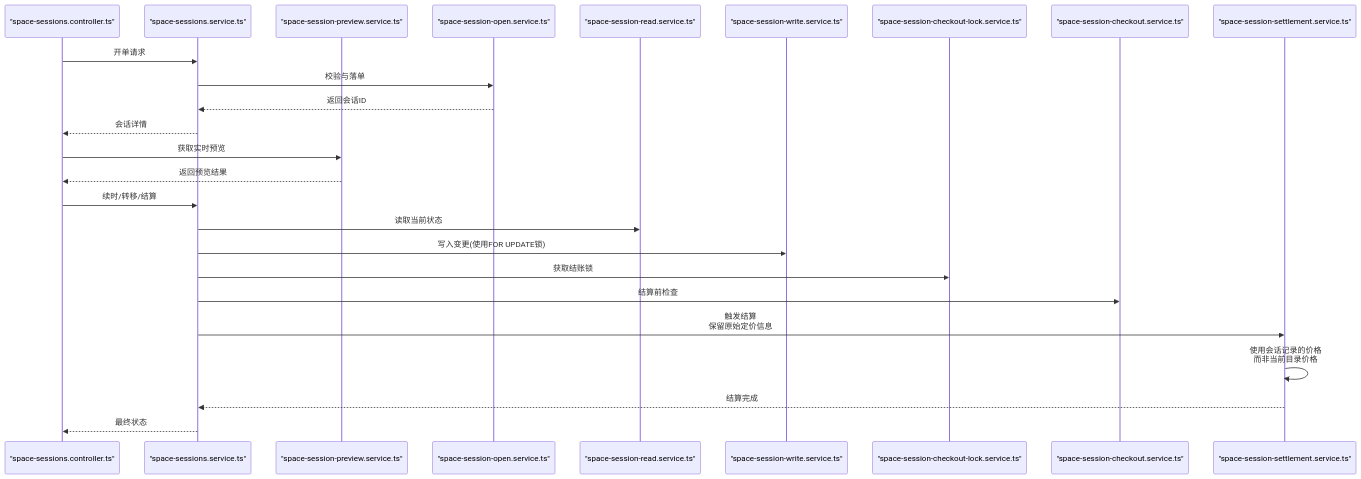
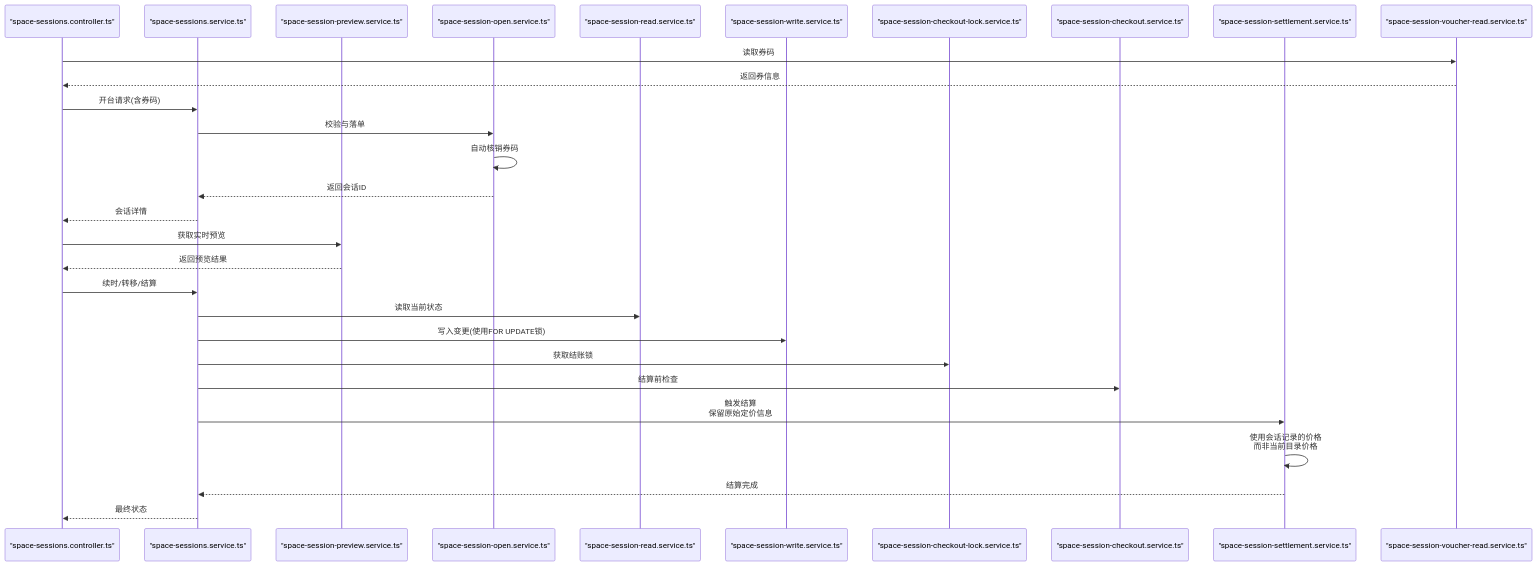
One commit to rc558620/purelyprofit-server changed the sixth of 12 diagrams in .qoder/repowiki/zh/content/业务模块/运营管理模块/空间管理.md. Above: the diagram before and after it, drawn with Mermaid. The commit also changed other lines of this file and 40 other files, not shown here.

````diff
--- a/.qoder/repowiki/zh/content/业务模块/运营管理模块/空间管理.md
+++ b/.qoder/repowiki/zh/content/业务模块/运营管理模块/空间管理.md
@@ -462,27 +506,31 @@
 ```mermaid
 sequenceDiagram
 participant C as "space-sessions.controller.ts"
 participant S as "space-sessions.service.ts"
 participant PS as "space-session-preview.service.ts"
 participant O as "space-session-open.service.ts"
 participant R as "space-session-read.service.ts"
 participant W as "space-session-write.service.ts"
 participant L as "space-session-checkout-lock.service.ts"
 participant CO as "space-session-checkout.service.ts"
 participant SE as "space-session-settlement.service.ts"
-C->>S : 开单请求
+participant VR as "space-session-voucher-read.service.ts"
+C->>VR : 读取券码
+VR-->>C : 返回券信息
+C->>S : 开台请求(含券码)
 S->>O : 校验与落单
+O->>O : 自动核销券码
 O-->>S : 返回会话ID
 S-->>C : 会话详情
 C->>PS : 获取实时预览
 PS-->>C : 返回预览结果
 C->>S : 续时/转移/结算
 S->>R : 读取当前状态
 S->>W : 写入变更(使用FOR UPDATE锁)
 S->>L : 获取结账锁
 S->>CO : 结算前检查
 S->>SE : 触发结算<br/>保留原始定价信息
 SE->>SE : 使用会话记录的价格<br/>而非当前目录价格
 SE-->>S : 结算完成
 S-->>C : 最终状态
 ```
````
